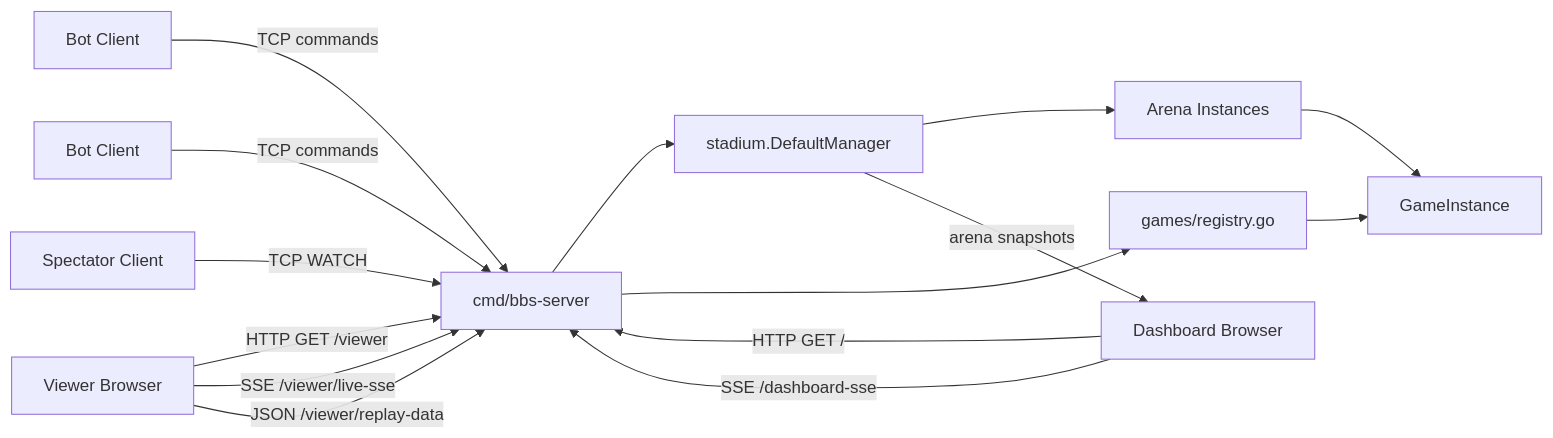
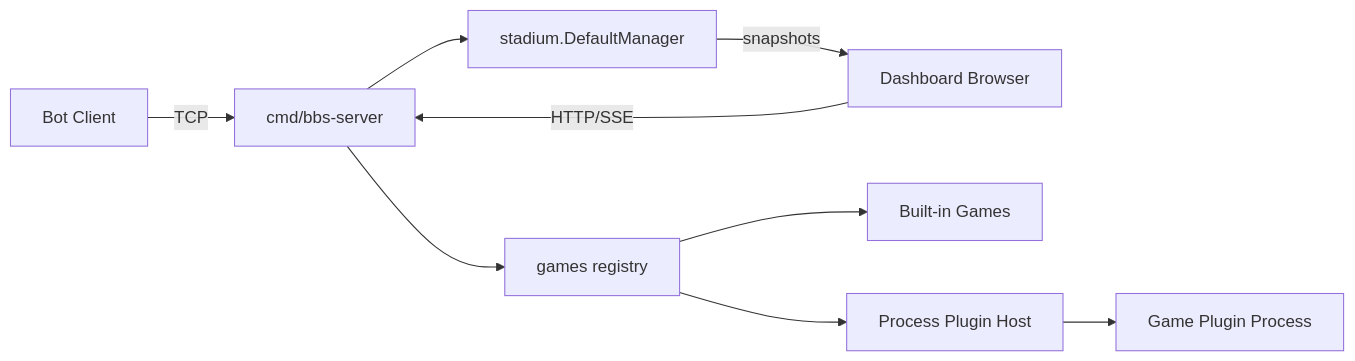
The diagram in ARCHITECTURE.md (JonKirkpatrick/bbs), drawn with Mermaid before and after one commit. The commit also changed other lines of this file and 21 other files, not shown here.

````diff
--- a/ARCHITECTURE.md
+++ b/ARCHITECTURE.md
@@ -22,28 +22,20 @@
 ```mermaid
 flowchart LR
-    Bot1[Bot Client]
-    Bot2[Bot Client]
-    Spectator[Spectator Client]
+    Bot[Bot Client]
     Browser[Dashboard Browser]
-    Viewer[Viewer Browser]
     Server[cmd/bbs-server]
     Manager[stadium.DefaultManager]
-    Arena[Arena Instances]
-    Registry[games/registry.go]
-    Game[GameInstance]
+    Registry[games registry]
+    Builtins[Built-in Games]
+    PluginHost[Process Plugin Host]
+    PluginProc[Game Plugin Process]
 
-    Bot1 -->|TCP commands| Server
-    Bot2 -->|TCP commands| Server
-    Spectator -->|TCP WATCH| Server
-    Browser -->|HTTP GET /| Server
-    Browser -->|SSE /dashboard-sse| Server
-    Viewer -->|HTTP GET /viewer| Server
-    Viewer -->|SSE /viewer/live-sse| Server
-    Viewer -->|JSON /viewer/replay-data| Server
+    Bot -->|TCP| Server
+    Browser -->|HTTP/SSE| Server
     Server --> Manager
-    Manager --> Arena
-    Arena --> Game
     Server --> Registry
-    Registry --> Game
-    Manager -->|arena snapshots| Browser
+    Registry --> Builtins
+    Registry --> PluginHost
+    PluginHost --> PluginProc
+    Manager -->|snapshots| Browser
 ```
````
